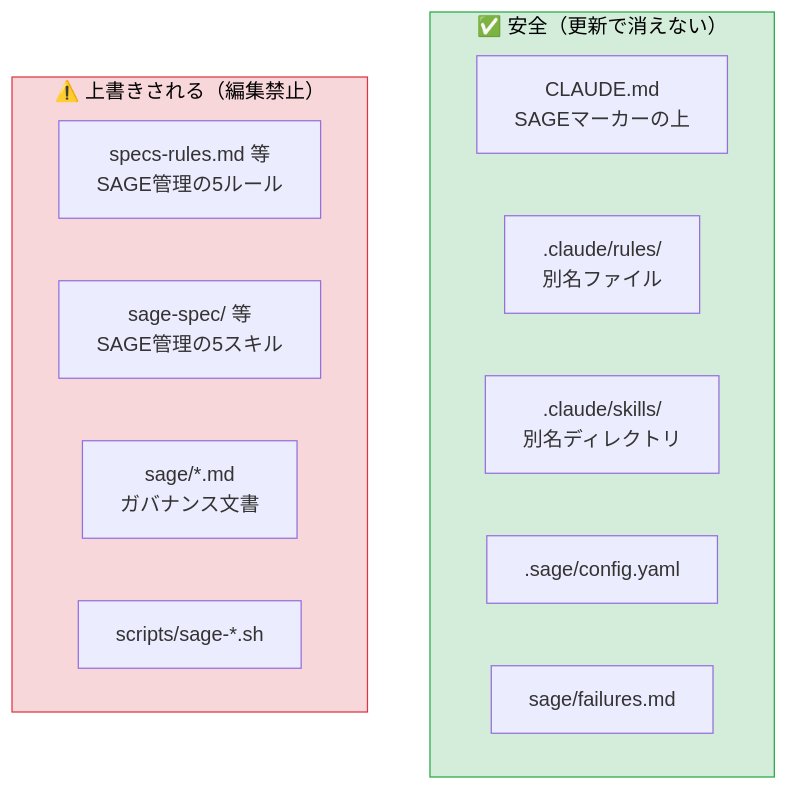
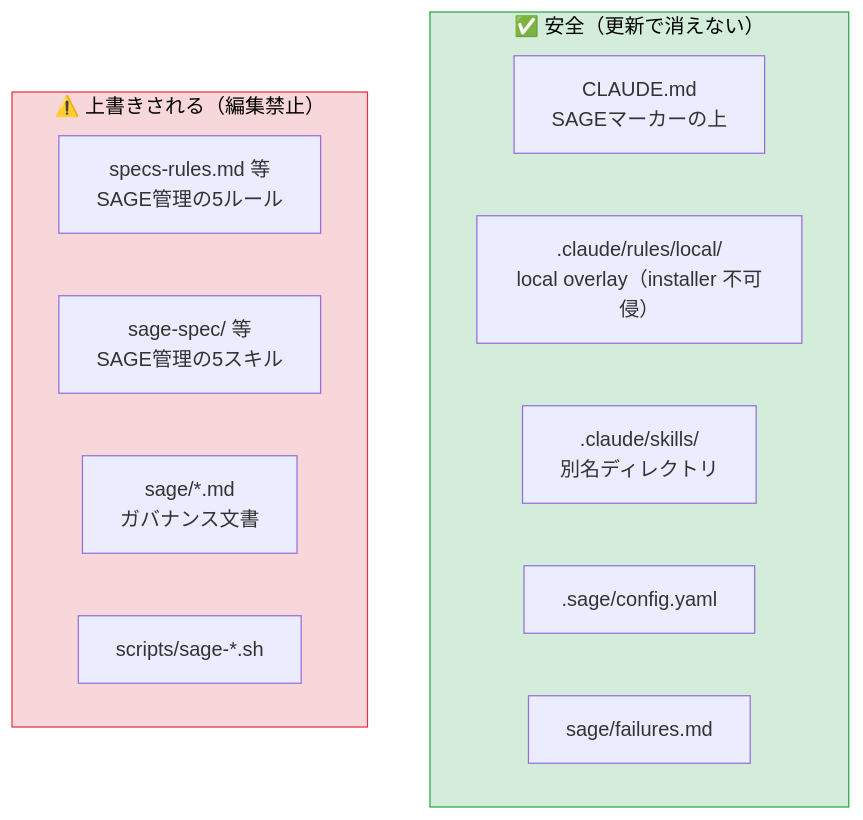
Before and after one commit to heidayo/sage-ai-template: the eighth of 11 diagrams in README.md, drawn with Mermaid. The commit also changed other lines of this file and 19 other files, not shown here.

First line of the commit message:
SPEC-0025: Local Overlay 機構 (installer 不可侵のプロジェクト固有ルール層) (#32)

````diff
--- a/README.md
+++ b/README.md
@@ -413,20 +413,20 @@
 ```mermaid
 graph TD
     subgraph SAFE["✅ 安全（更新で消えない）"]
         A["CLAUDE.md<br/>SAGEマーカーの上"]
-        B[".claude/rules/<br/>別名ファイル"]
+        B[".claude/rules/local/<br/>local overlay（installer 不可侵）"]
         C[".claude/skills/<br/>別名ディレクトリ"]
         D[".sage/config.yaml"]
         E["sage/failures.md"]
     end
 
     subgraph DANGER["⚠️ 上書きされる（編集禁止）"]
         F["specs-rules.md 等<br/>SAGE管理の5ルール"]
         G["sage-spec/ 等<br/>SAGE管理の5スキル"]
         H["sage/*.md<br/>ガバナンス文書"]
         I["scripts/sage-*.sh"]
     end
 
     style SAFE fill:#d4edda,stroke:#28a745,color:#000
     style DANGER fill:#f8d7da,stroke:#dc3545,color:#000
 ```
````
